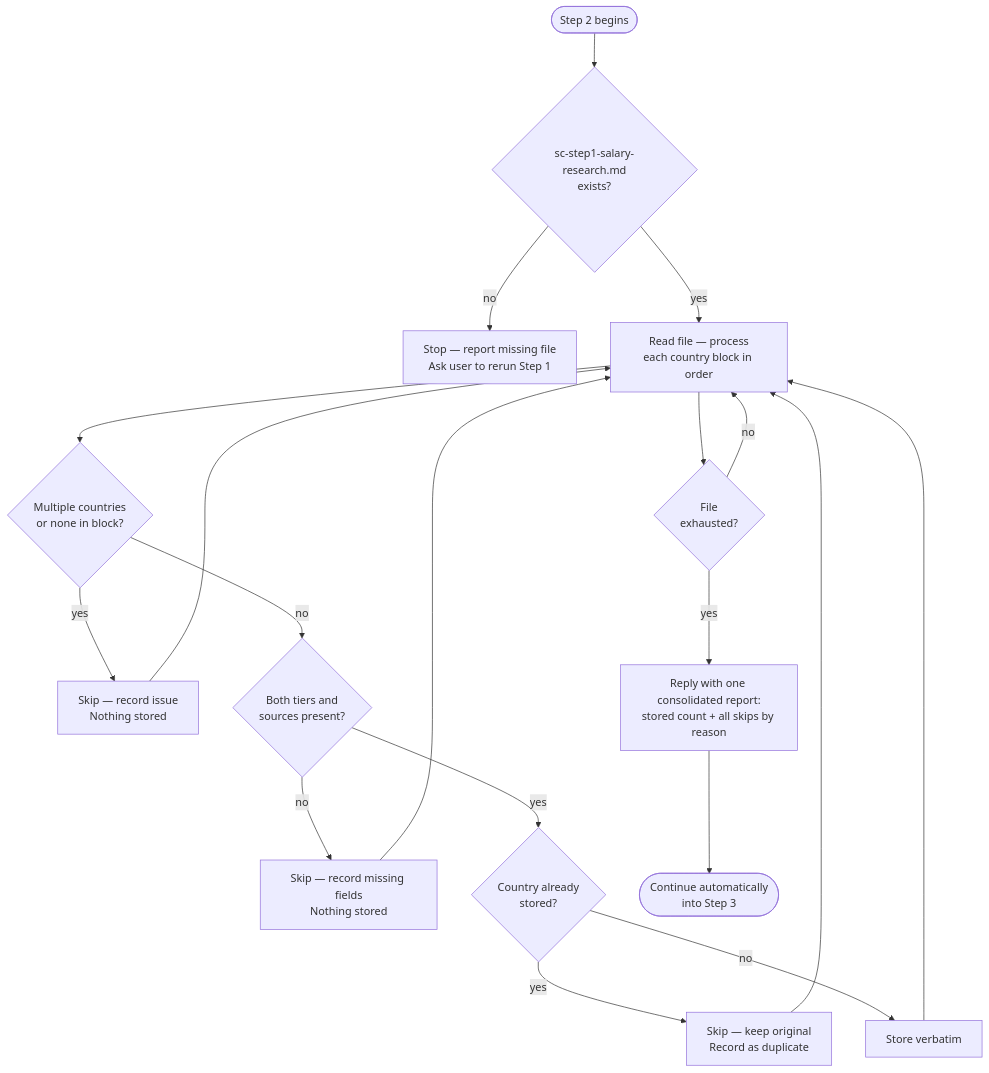
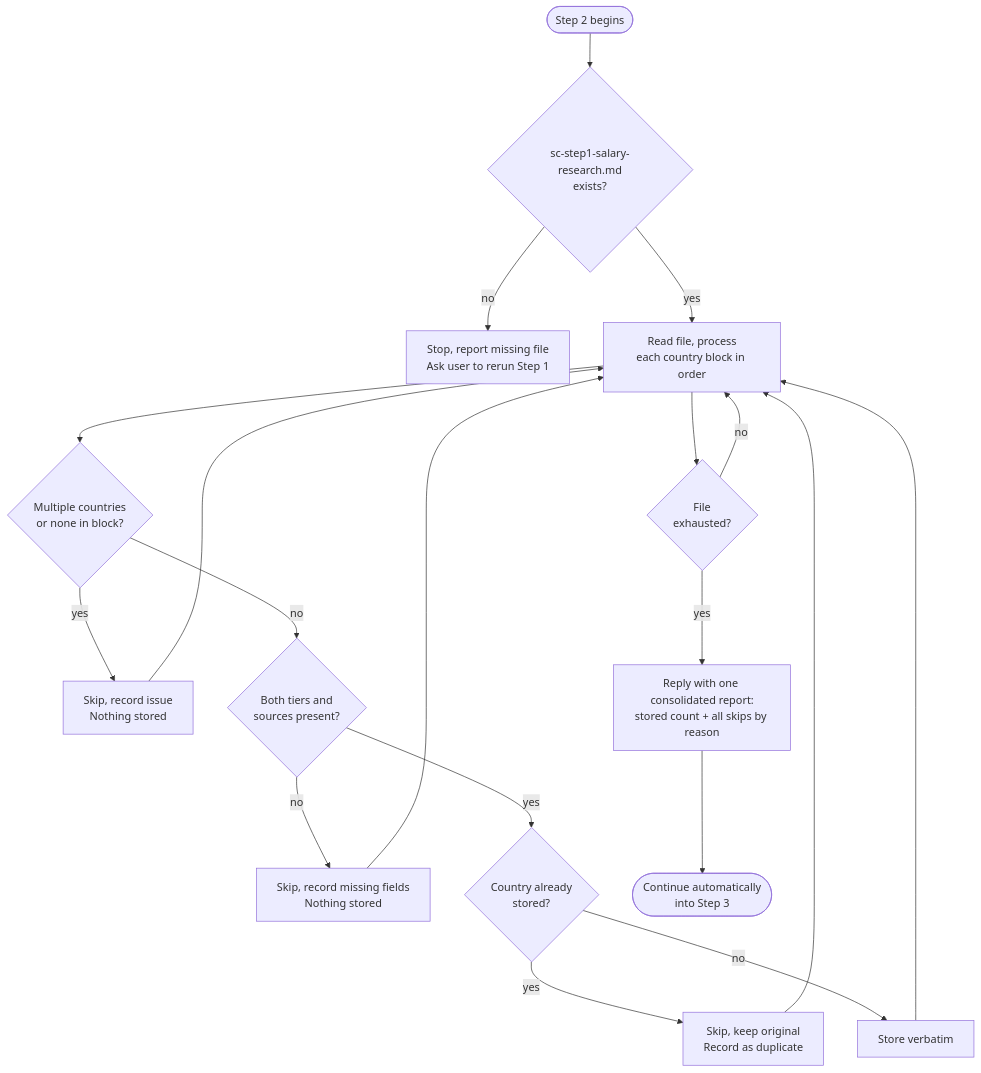
One commit to myowinthein/agent-compass changed the diagram in docs/commands/salary-calculator/step2-data-validation.md. Above: the diagram before and after it, drawn with Mermaid. The commit also changed other lines of this file and 19 other files, not shown here.

````diff
--- a/docs/commands/salary-calculator/step2-data-validation.md
+++ b/docs/commands/salary-calculator/step2-data-validation.md
@@ -14,21 +14,21 @@
 ```mermaid
 flowchart TD
   Start([Step 2 begins]) --> FileCheck{sc-step1-salary-research.md\nexists?}
-  FileCheck -->|no| Error[Stop — report missing file\nAsk user to rerun Step 1]
-  FileCheck -->|yes| ReadFile[Read file — process\neach country block in order]
+  FileCheck -->|no| Error[Stop, report missing file\nAsk user to rerun Step 1]
+  FileCheck -->|yes| ReadFile[Read file, process\neach country block in order]
   ReadFile --> MultiCheck{Multiple countries\nor none in block?}
-  MultiCheck -->|yes| Err1[Skip — record issue\nNothing stored]
+  MultiCheck -->|yes| Err1[Skip, record issue\nNothing stored]
   Err1 --> ReadFile
   MultiCheck -->|no| FieldCheck{Both tiers and\nsources present?}
-  FieldCheck -->|no| Err2[Skip — record missing fields\nNothing stored]
+  FieldCheck -->|no| Err2[Skip, record missing fields\nNothing stored]
   Err2 --> ReadFile
   FieldCheck -->|yes| DupCheck{Country already\nstored?}
-  DupCheck -->|yes| Skip[Skip — keep original\nRecord as duplicate]
+  DupCheck -->|yes| Skip[Skip, keep original\nRecord as duplicate]
   DupCheck -->|no| Store[Store verbatim]
   Skip --> ReadFile
   Store --> ReadFile
   ReadFile --> Done{File\nexhausted?}
   Done -->|no| ReadFile
   Done -->|yes| Report[Reply with one consolidated report:\nstored count + all skips by reason]
   Report --> End([Continue automatically\ninto Step 3])
 ```
````
